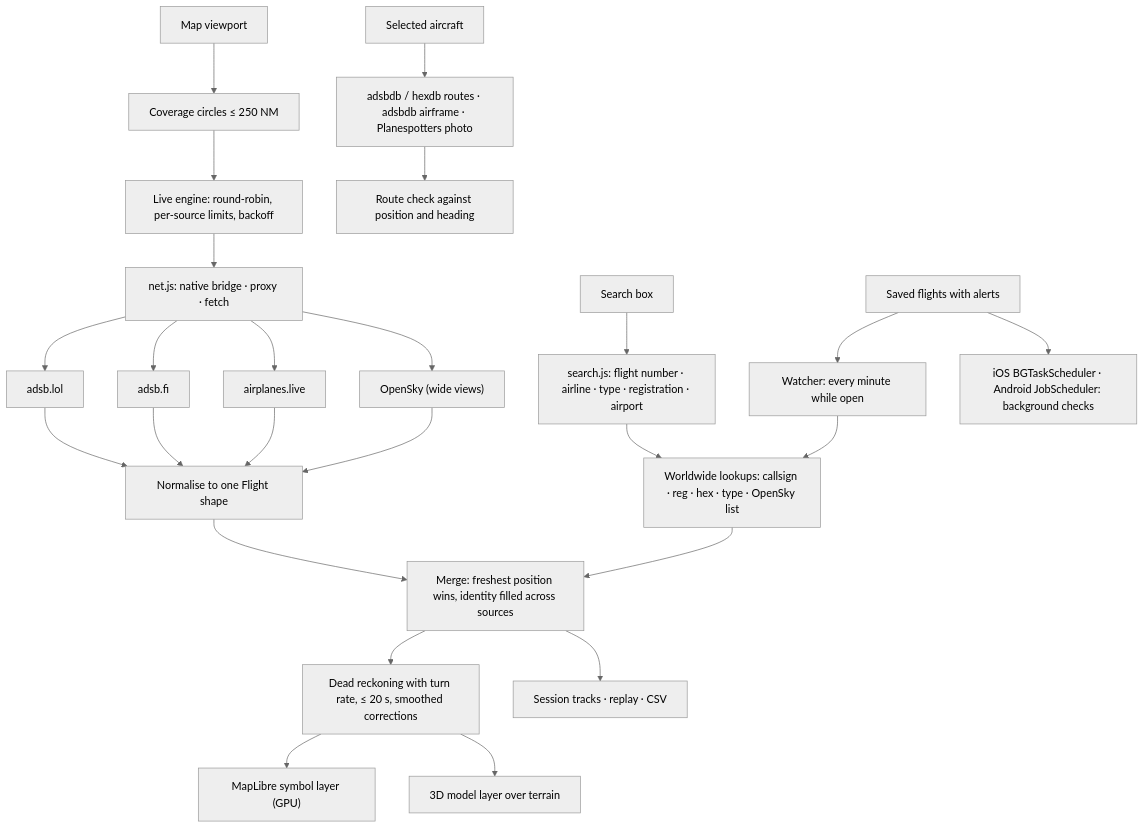
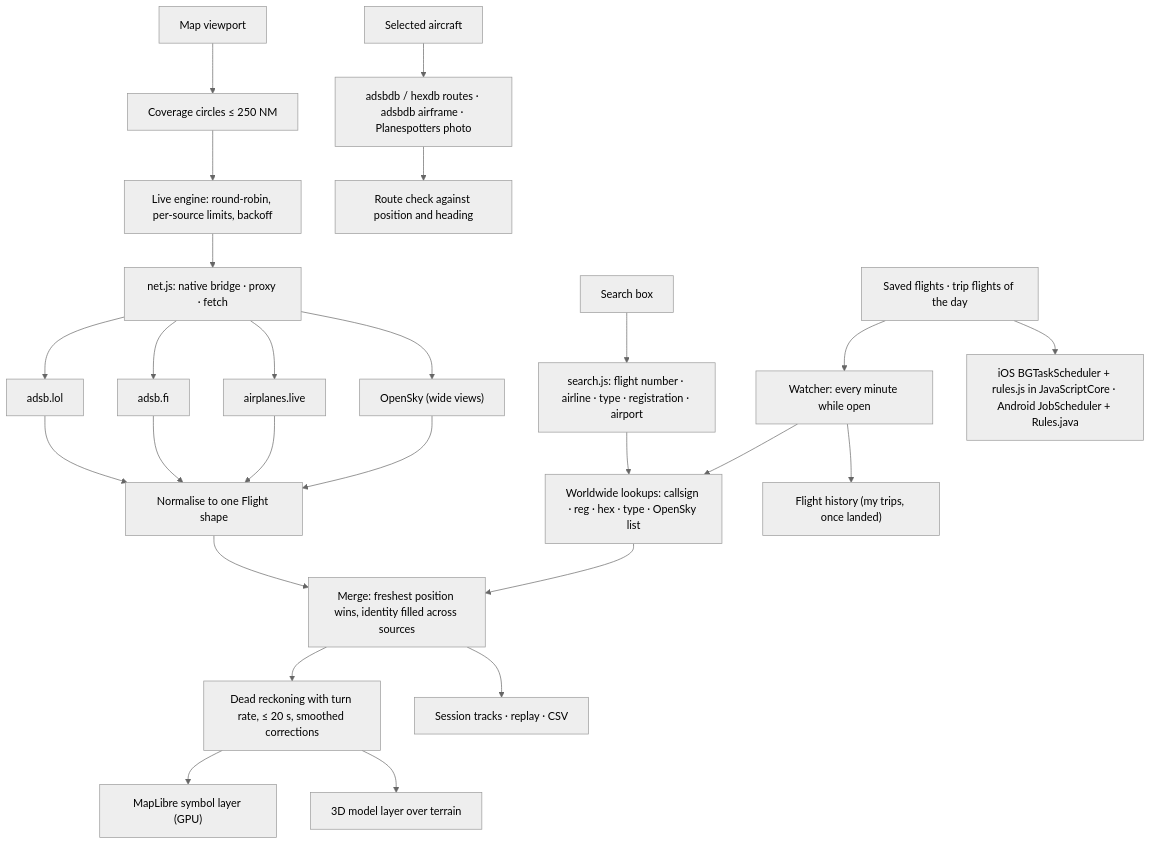
One commit to shira421/aeris changed the diagram in ARCHITECTURE.md. Above: the diagram before and after it, drawn with Mermaid (neutral theme). The commit also changed other lines of this file and 39 other files, not shown here.

````diff
--- a/ARCHITECTURE.md
+++ b/ARCHITECTURE.md
@@ -3,21 +3,22 @@
 ```mermaid
 flowchart TD
   View["Map viewport"] --> Plan["Coverage circles ≤ 250 NM"]
   Plan --> Engine["Live engine: round-robin, per-source limits, backoff"]
   Engine --> Net["net.js: native bridge · proxy · fetch"]
   Net --> P1["adsb.lol"] & P2["adsb.fi"] & P3["airplanes.live"] & P4["OpenSky (wide views)"]
   P1 & P2 & P3 & P4 --> Norm["Normalise to one Flight shape"]
   Norm --> Merge["Merge: freshest position wins, identity filled across sources"]
   Merge --> Predict["Dead reckoning with turn rate, ≤ 20 s, smoothed corrections"]
   Predict --> Map["MapLibre symbol layer (GPU)"]
   Predict --> Model["3D model layer over terrain"]
   Merge --> Tracks["Session tracks · replay · CSV"]
   Select["Selected aircraft"] --> Enrich["adsbdb / hexdb routes · adsbdb airframe · Planespotters photo"]
   Enrich --> Check["Route check against position and heading"]
   Search["Search box"] --> Parse["search.js: flight number · airline · type · registration · airport"]
   Parse --> Lookup["Worldwide lookups: callsign · reg · hex · type · OpenSky list"]
   Lookup --> Merge
-  Saved["Saved flights with alerts"] --> Watch["Watcher: every minute while open"]
+  Saved["Saved flights · trip flights of the day"] --> Watch["Watcher: every minute while open"]
+  Watch --> History["Flight history (my trips, once landed)"]
   Watch --> Lookup
-  Saved --> Native["iOS BGTaskScheduler · Android JobScheduler: background checks"]
+  Saved --> Native["iOS BGTaskScheduler + rules.js in JavaScriptCore · Android JobScheduler + Rules.java"]
 ```
````
